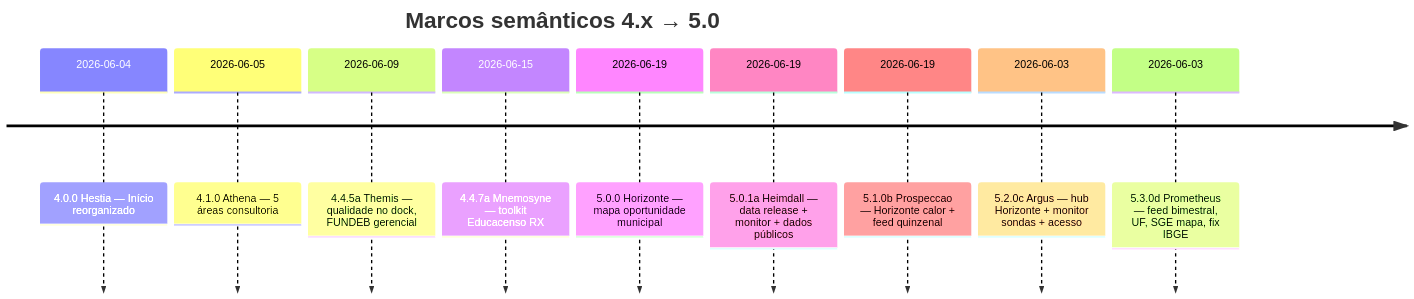
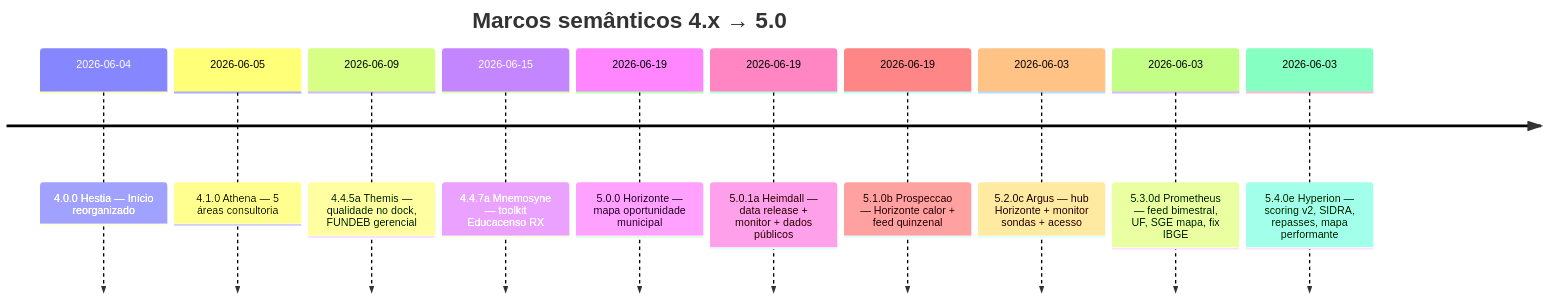
The diagram in docs/HISTORICO_VERSOES.md (JaderGabriel/serventec-servlitcys), drawn with Mermaid before and after one commit. The commit also changed other lines of this file and 43 other files, not shown here.

First line of the commit message:
Release 5.4.0 (Hyperion): Horizonte v2 com CadÚnico, SIDRA e repasses.

````diff
--- a/docs/HISTORICO_VERSOES.md
+++ b/docs/HISTORICO_VERSOES.md
@@ -20,13 +20,14 @@
 ```mermaid
 timeline
     title Marcos semânticos 4.x → 5.0
     2026-06-04 : 4.0.0 Hestia — Início reorganizado
     2026-06-05 : 4.1.0 Athena — 5 áreas consultoria
     2026-06-09 : 4.4.5a Themis — qualidade no dock, FUNDEB gerencial
     2026-06-15 : 4.4.7a Mnemosyne — toolkit Educacenso RX
     2026-06-19 : 5.0.0 Horizonte — mapa oportunidade municipal
     2026-06-19 : 5.0.1a Heimdall — data release + monitor + dados públicos
     2026-06-19 : 5.1.0b Prospeccao — Horizonte calor + feed quinzenal
     2026-06-03 : 5.2.0c Argus — hub Horizonte + monitor sondas + acesso
     2026-06-03 : 5.3.0d Prometheus — feed bimestral, UF, SGE mapa, fix IBGE
+    2026-06-03 : 5.4.0e Hyperion — scoring v2, SIDRA, repasses, mapa performante
 ```
````
